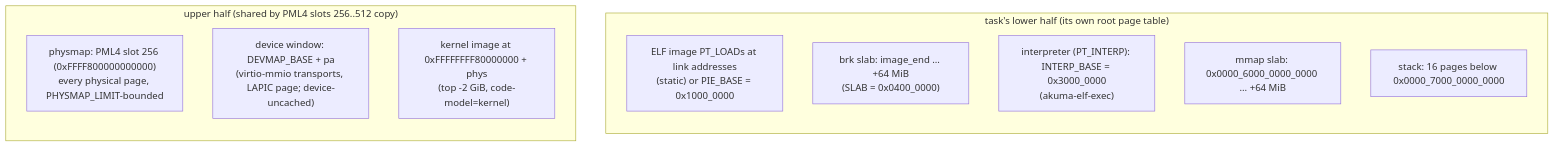
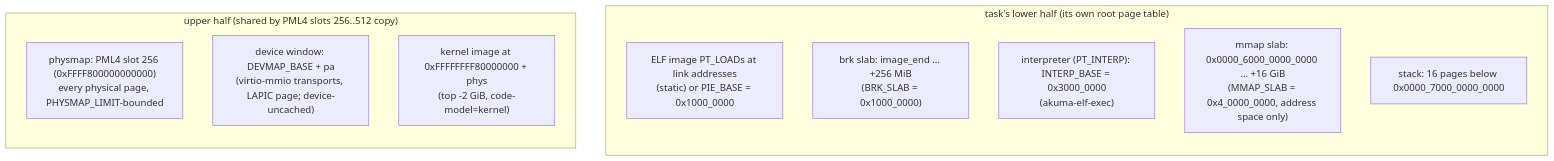
Before and after one commit to netoneko/akuma: the diagram in taoxichuan/docs/reference/memory.md, drawn with Mermaid. The commit also changed other lines of this file and 16 other files, not shown here.

````diff
--- a/taoxichuan/docs/reference/memory.md
+++ b/taoxichuan/docs/reference/memory.md
@@ -7,15 +7,15 @@
 ```mermaid
 flowchart BT
     subgraph user["task's lower half (its own root page table)"]
         U1["ELF image PT_LOADs at link addresses<br/>(static) or PIE_BASE = 0x1000_0000"]
-        U2["brk slab: image_end … +64 MiB<br/>(SLAB = 0x0400_0000)"]
+        U2["brk slab: image_end … +256 MiB<br/>(BRK_SLAB = 0x1000_0000)"]
         U3["interpreter (PT_INTERP): INTERP_BASE = 0x3000_0000<br/>(akuma-elf-exec)"]
-        U4["mmap slab: 0x0000_6000_0000_0000 … +64 MiB"]
+        U4["mmap slab: 0x0000_6000_0000_0000 … +16 GiB<br/>(MMAP_SLAB = 0x4_0000_0000, address space only)"]
         U5["stack: 16 pages below 0x0000_7000_0000_0000"]
     end
     subgraph kernel["upper half (shared by PML4 slots 256..512 copy)"]
         K1["physmap: PML4 slot 256 (0xFFFF800000000000)<br/>every physical page, PHYSMAP_LIMIT-bounded"]
         K2["device window: DEVMAP_BASE + pa<br/>(virtio-mmio transports, LAPIC page; device-uncached)"]
         K3["kernel image at 0xFFFFFFFF80000000 + phys<br/>(top -2 GiB, code-model=kernel)"]
     end
 ```
````
